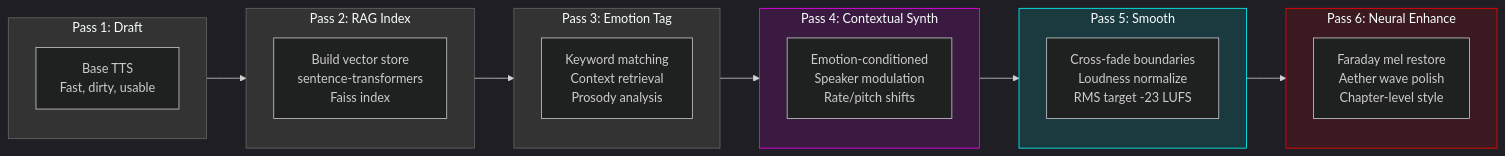
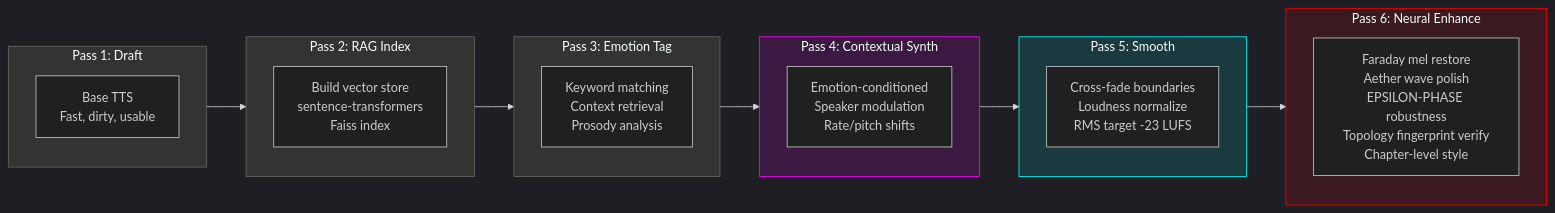
Before and after one commit to teerthsharma/seal-demon-tts: the second of 6 diagrams in README.md, drawn with Mermaid. The commit also changed other lines of this file and 24 other files, not shown here.

````diff
--- a/README.md
+++ b/README.md
@@ -390,31 +640,31 @@
 ```mermaid
 %%{init: {'theme': 'dark', 'themeVariables': { 'primaryColor': '#ff00ff', 'edgeLabelBackground':'#1a1a2e', 'tertiaryColor': '#00ffff'}}}%%
 flowchart LR
     subgraph P1["Pass 1: Draft"]
         D1["Base TTS<br/>Fast, dirty, usable"]
     end
     subgraph P2["Pass 2: RAG Index"]
         D2["Build vector store<br/>sentence-transformers<br/>Faiss index"]
     end
     subgraph P3["Pass 3: Emotion Tag"]
         D3["Keyword matching<br/>Context retrieval<br/>Prosody analysis"]
     end
     subgraph P4["Pass 4: Contextual Synth"]
         D4["Emotion-conditioned<br/>Speaker modulation<br/>Rate/pitch shifts"]
     end
     subgraph P5["Pass 5: Smooth"]
         D5["Cross-fade boundaries<br/>Loudness normalize<br/>RMS target -23 LUFS"]
     end
     subgraph P6["Pass 6: Neural Enhance"]
-        D6["Faraday mel restore<br/>Aether wave polish<br/>Chapter-level style"]
+        D6["Faraday mel restore<br/>Aether wave polish<br/>EPSILON-PHASE robustness<br/>Topology fingerprint verify<br/>Chapter-level style"]
     end
 
     P1 --> P2 --> P3 --> P4 --> P5 --> P6
 
     style P1 fill:#333,stroke:#666
     style P2 fill:#333,stroke:#666
     style P3 fill:#333,stroke:#666
     style P4 fill:#ff00ff20,stroke:#ff00ff
     style P5 fill:#00ffff20,stroke:#00ffff
     style P6 fill:#ff000020,stroke:#ff0000
 ```
````
